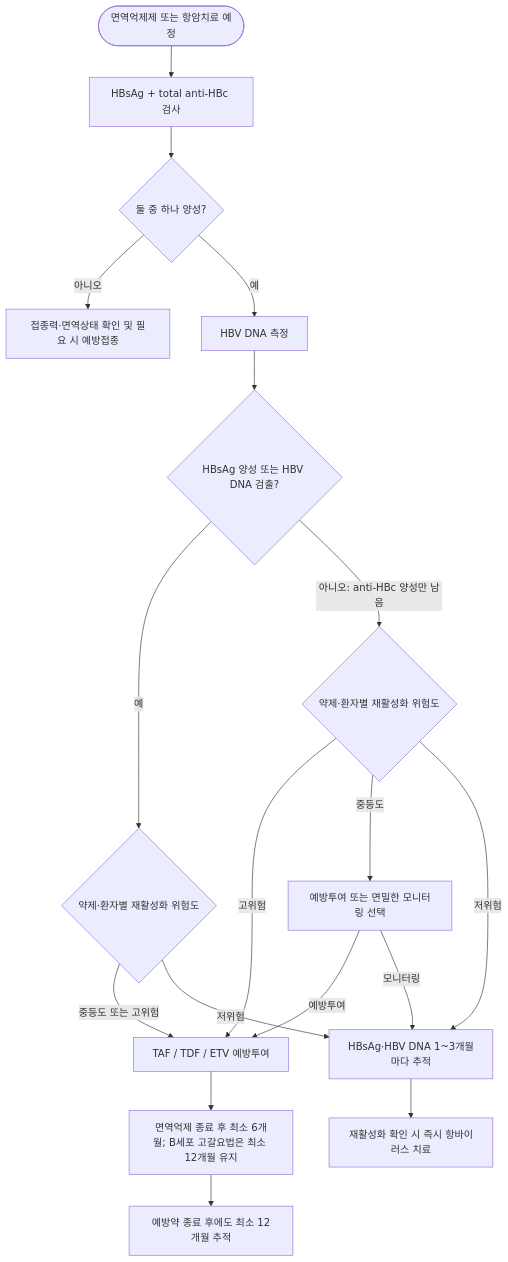
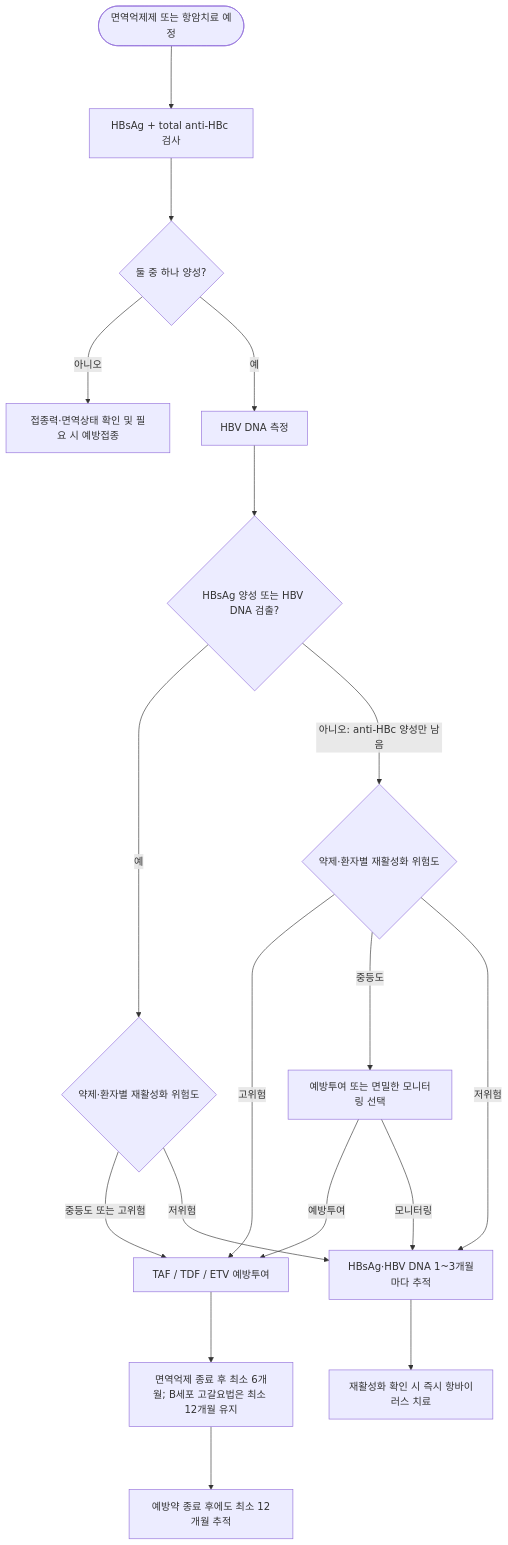
The fourth of 4 diagrams in 224_/091_hbv-infection.md (familyoh77/familyoh77), drawn with Mermaid before and after one commit. The commit also changed other lines of this file and 11 other files, not shown here.

````diff
--- a/224_/091_hbv-infection.md
+++ b/224_/091_hbv-infection.md
@@ -407,20 +462,20 @@
 ```mermaid
 flowchart TD
-    A(["면역억제제 또는 항암치료 예정"]) --> B["HBsAg + total anti-HBc 검사"]
-    B --> C{"둘 중 하나 양성?"}
-    C -- 아니오 --> V["접종력·면역상태 확인 및 필요 시 예방접종"]
-    C -- 예 --> D["HBV DNA 측정"]
-    D --> E{"HBsAg 양성 또는 HBV DNA 검출?"}
-    E -- 예 --> F{"약제·환자별 재활성화 위험도"}
-    F -- "중등도 또는 고위험" --> P["TAF / TDF / ETV 예방투여"]
-    F -- 저위험 --> M["HBsAg·HBV DNA 1~3개월마다 추적"]
-    E -- "아니오: anti-HBc 양성만 남음" --> G{"약제·환자별 재활성화 위험도"}
-    G -- 고위험 --> P
-    G -- 중등도 --> Q["예방투여 또는 면밀한 모니터링 선택"]
-    G -- 저위험 --> M
-    Q -- 예방투여 --> P
-    Q -- 모니터링 --> M
-    P --> N["면역억제 종료 후 최소 6개월; B세포 고갈요법은 최소 12개월 유지"]
-    N --> O["예방약 종료 후에도 최소 12개월 추적"]
-    M --> R["재활성화 확인 시 즉시 항바이러스 치료"]
+    A(["면역억제제 또는 항암치료 예정"]) ---> B["HBsAg + total anti-HBc 검사"]
+    B ---> C{"둘 중 하나 양성?"}
+    C -- 아니오 ---> V["접종력·면역상태 확인 및 필요 시 예방접종"]
+    C -- 예 ---> D["HBV DNA 측정"]
+    D ---> E{"HBsAg 양성 또는 HBV DNA 검출?"}
+    E -- 예 ---> F{"약제·환자별 재활성화 위험도"}
+    F -- "중등도 또는 고위험" ---> P["TAF / TDF / ETV 예방투여"]
+    F -- 저위험 ---> M["HBsAg·HBV DNA 1~3개월마다 추적"]
+    E -- "아니오: anti-HBc 양성만 남음" ---> G{"약제·환자별 재활성화 위험도"}
+    G -- 고위험 ---> P
+    G -- 중등도 ---> Q["예방투여 또는 면밀한 모니터링 선택"]
+    G -- 저위험 ---> M
+    Q -- 예방투여 ---> P
+    Q -- 모니터링 ---> M
+    P ---> N["면역억제 종료 후 최소 6개월; B세포 고갈요법은 최소 12개월 유지"]
+    N ---> O["예방약 종료 후에도 최소 12개월 추적"]
+    M ---> R["재활성화 확인 시 즉시 항바이러스 치료"]
 ```
````
